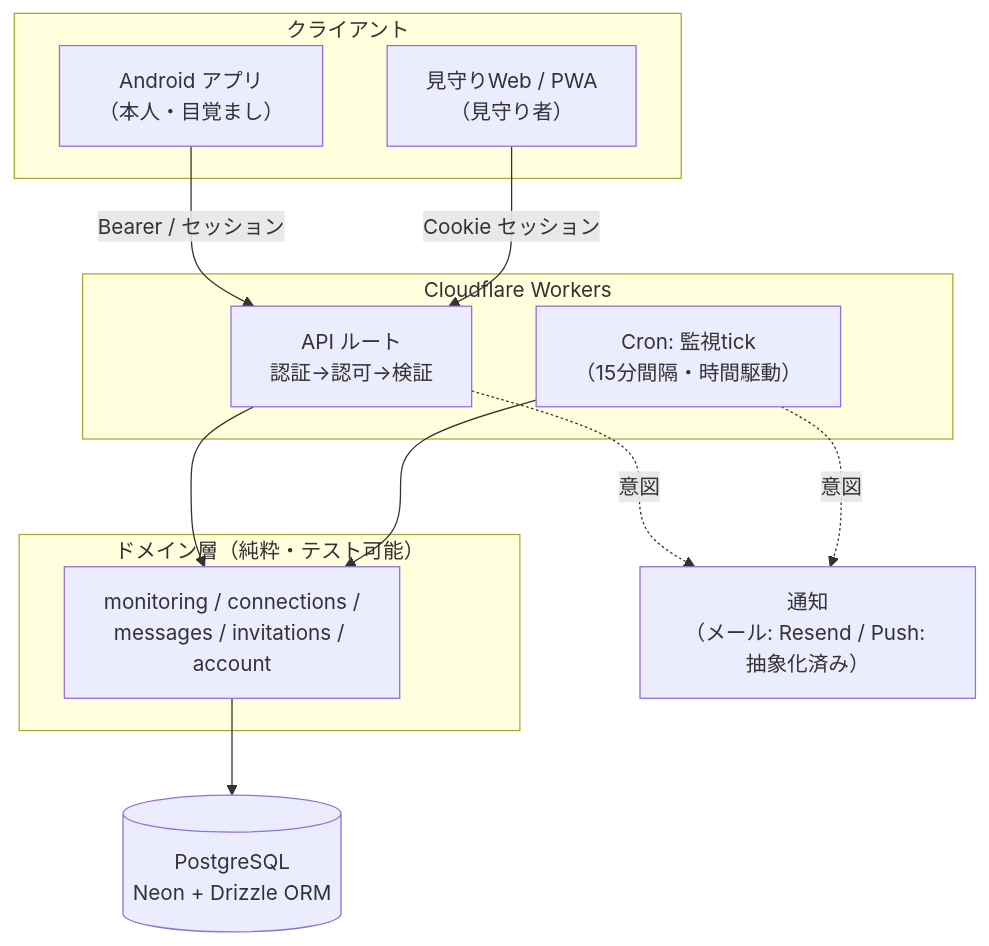
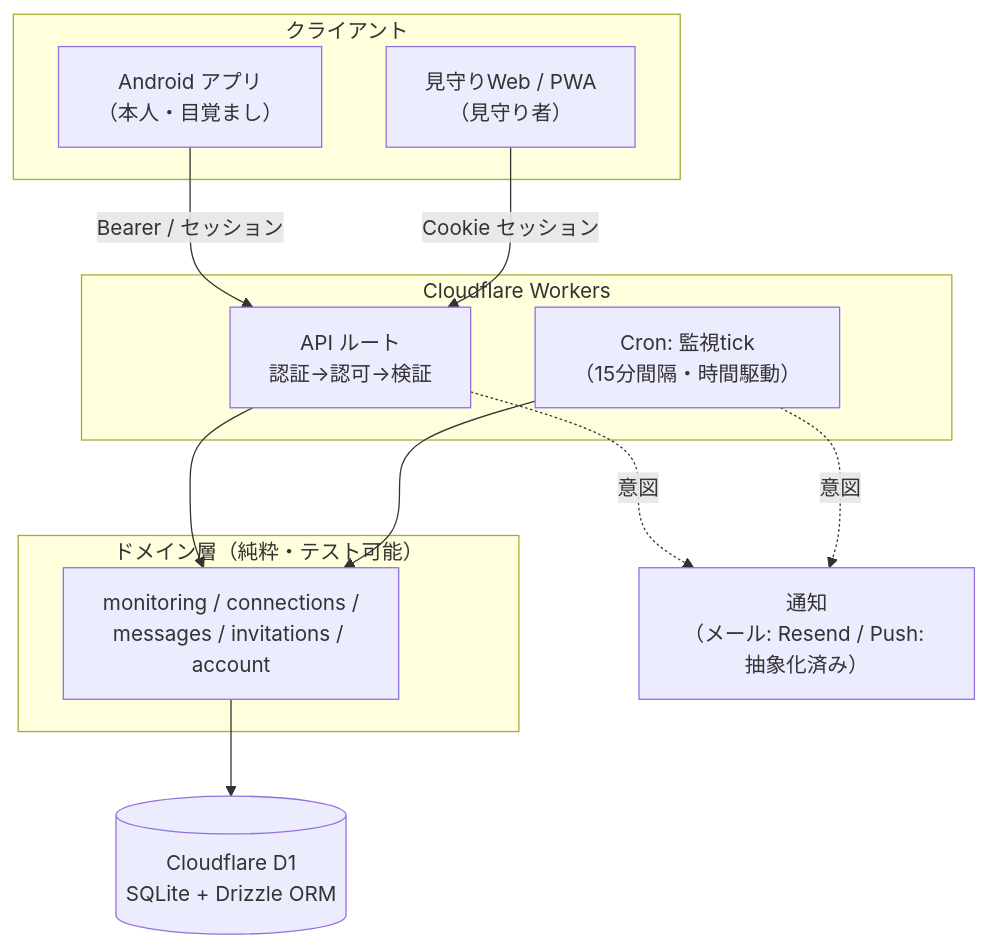
The second of 2 diagrams in README.md (pitang1965/asatomo), drawn with Mermaid before and after one commit. The commit also changed other lines of this file and 57 other files, not shown here.

````diff
--- a/README.md
+++ b/README.md
@@ -122,24 +122,24 @@
 ```mermaid
 flowchart TD
     subgraph client["クライアント"]
       A["Android アプリ<br/>（本人・目覚まし）"]
       W["見守りWeb / PWA<br/>（見守り者）"]
     end
     subgraph edge["Cloudflare Workers"]
       R["API ルート<br/>認証→認可→検証"]
       C["Cron: 監視tick<br/>（15分間隔・時間駆動）"]
     end
     subgraph core["ドメイン層（純粋・テスト可能）"]
       D["monitoring / connections /<br/>messages / invitations / account"]
     end
     N["通知<br/>（メール: Resend / Push: 抽象化済み）"]
-    DB[("PostgreSQL<br/>Neon + Drizzle ORM")]
+    DB[("Cloudflare D1<br/>SQLite + Drizzle ORM")]
 
     A -->|"Bearer / セッション"| R
     W -->|"Cookie セッション"| R
     R --> D
     C --> D
     D --> DB
     R -.意図.-> N
     C -.意図.-> N
 ```
````
